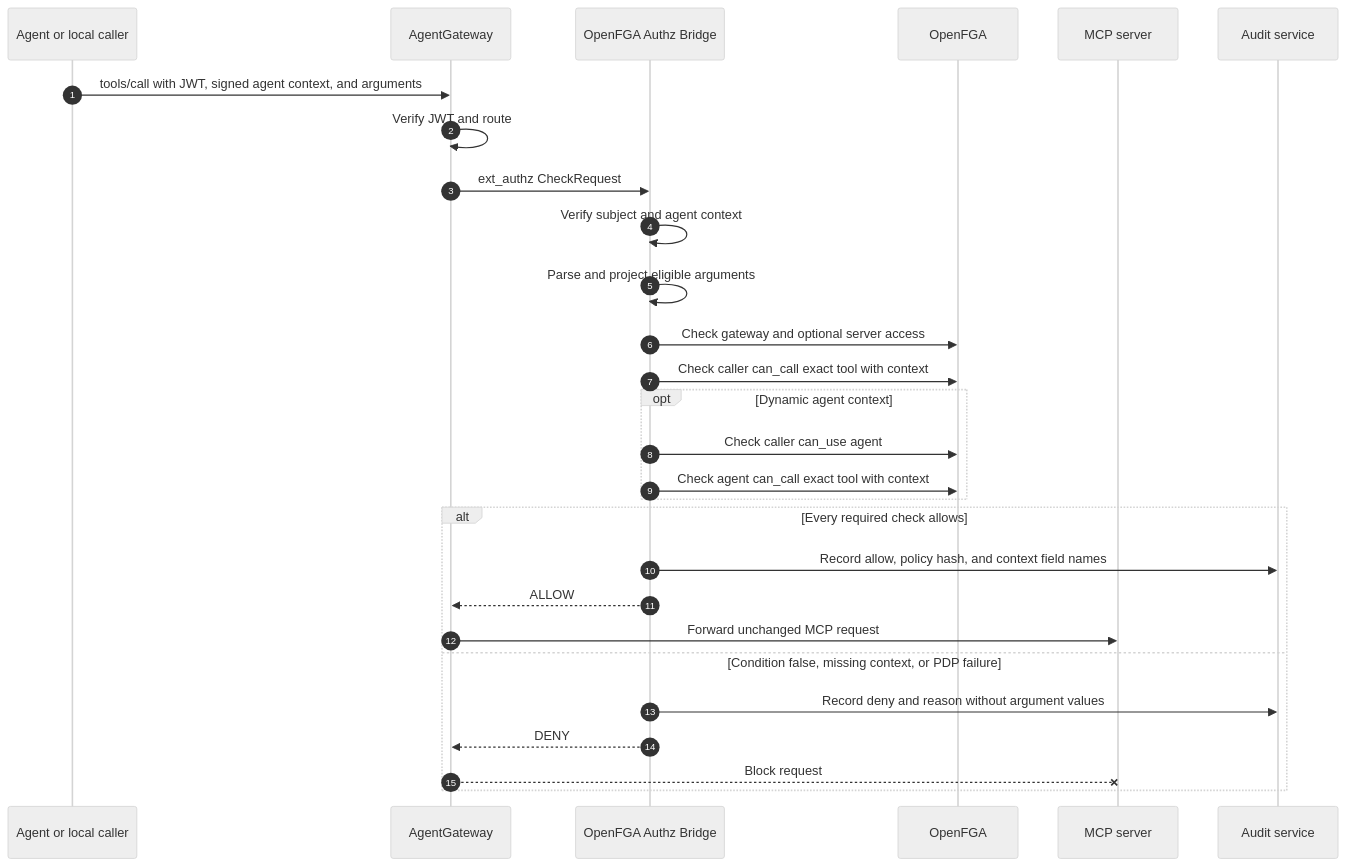
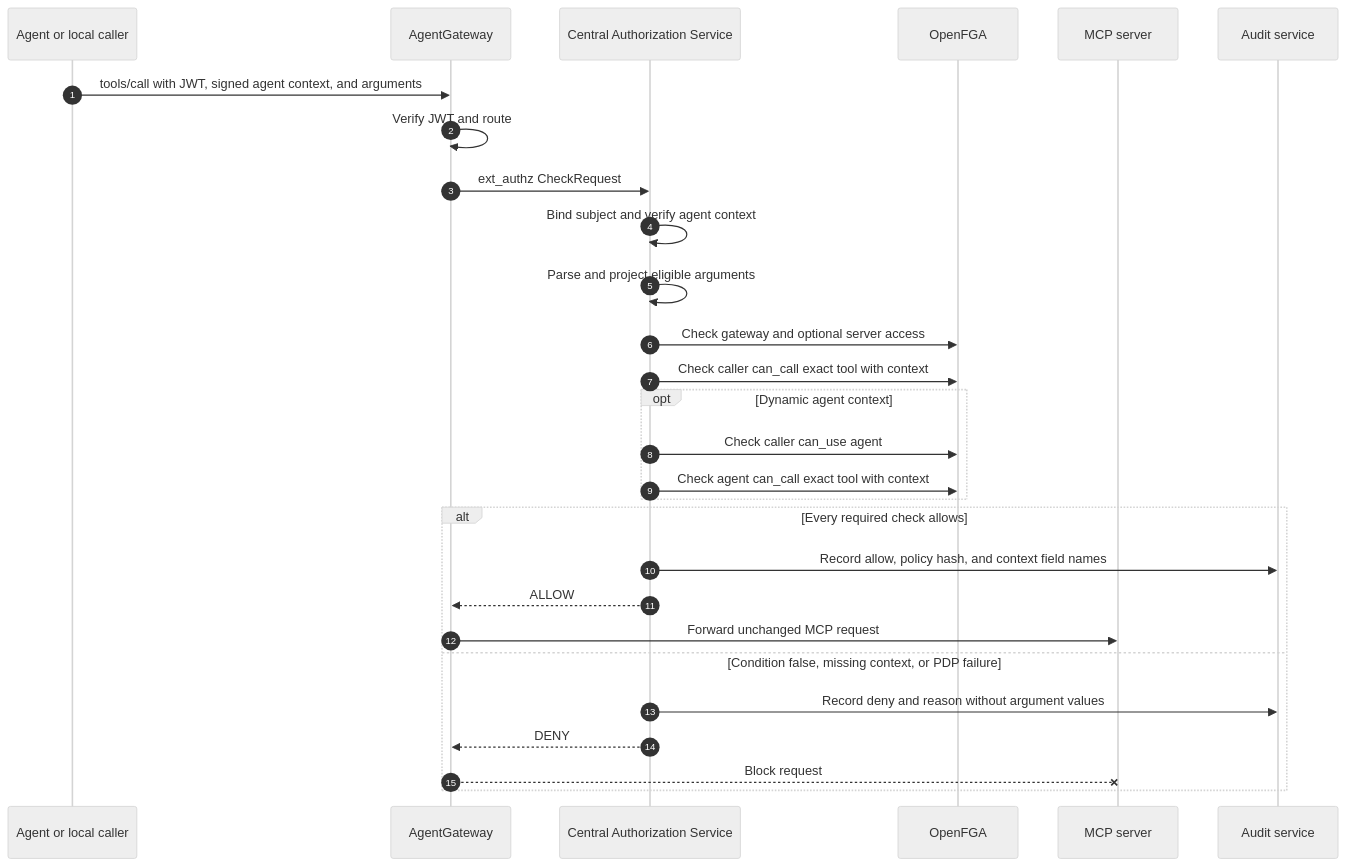
One commit to cnoe-io/ai-platform-engineering changed the second of 2 diagrams in docs/docs/specs/2026-08-17-openfga-tool-expression-policies/architecture.md. Above: the diagram before and after it, drawn with Mermaid (neutral theme). The commit also changed other lines of this file and 3 other files, not shown here.

Commit message:
docs(authz): extract CAS into standalone service

````diff
--- a/docs/docs/specs/2026-08-17-openfga-tool-expression-policies/architecture.md
+++ b/docs/docs/specs/2026-08-17-openfga-tool-expression-policies/architecture.md
@@ -456,31 +610,31 @@
 ```mermaid
 sequenceDiagram
     autonumber
     participant Caller as Agent or local caller
     participant AGW as AgentGateway
-    participant Bridge as OpenFGA Authz Bridge
+    participant CAS as Central Authorization Service
     participant FGA as OpenFGA
     participant MCP as MCP server
     participant Audit as Audit service
 
     Caller->>AGW: tools/call with JWT, signed agent context, and arguments
     AGW->>AGW: Verify JWT and route
-    AGW->>Bridge: ext_authz CheckRequest
-    Bridge->>Bridge: Verify subject and agent context
-    Bridge->>Bridge: Parse and project eligible arguments
-    Bridge->>FGA: Check gateway and optional server access
-    Bridge->>FGA: Check caller can_call exact tool with context
+    AGW->>CAS: ext_authz CheckRequest
+    CAS->>CAS: Bind subject and verify agent context
+    CAS->>CAS: Parse and project eligible arguments
+    CAS->>FGA: Check gateway and optional server access
+    CAS->>FGA: Check caller can_call exact tool with context
     opt Dynamic agent context
-        Bridge->>FGA: Check caller can_use agent
-        Bridge->>FGA: Check agent can_call exact tool with context
+        CAS->>FGA: Check caller can_use agent
+        CAS->>FGA: Check agent can_call exact tool with context
     end
     alt Every required check allows
-        Bridge->>Audit: Record allow, policy hash, and context field names
-        Bridge-->>AGW: ALLOW
+        CAS->>Audit: Record allow, policy hash, and context field names
+        CAS-->>AGW: ALLOW
         AGW->>MCP: Forward unchanged MCP request
     else Condition false, missing context, or PDP failure
-        Bridge->>Audit: Record deny and reason without argument values
-        Bridge-->>AGW: DENY
+        CAS->>Audit: Record deny and reason without argument values
+        CAS-->>AGW: DENY
         AGW--xMCP: Block request
     end
 ```
````
